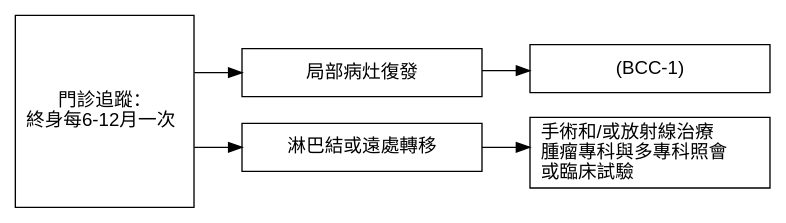
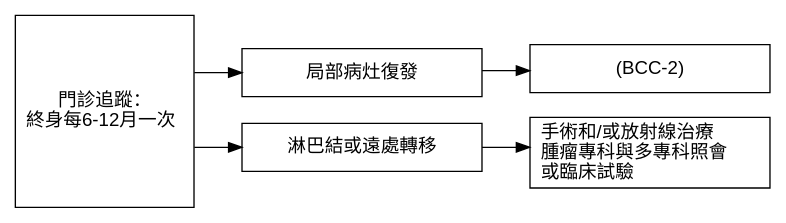
One commit to gnayyc/SkinCancerGuidelineDiagram changed the diagram in BCC.4.gv. Above: the diagram before and after it, drawn with Graphviz. The commit also changed 3 other files, not shown here.

```diff
--- a/BCC.4.gv
+++ b/BCC.4.gv
@@ -1,23 +1,23 @@
 digraph {
   compound=true;
 
   graph [rankdir = LR; splines=ortho; overlap=false]
   node [shape = box, fontname = Helvetica]
 
     l1 [label = "門診追蹤：
 終身每6-12月一次\l"; height=2]
 
-	l1 -> t1 -> f1 
+	l1 -> t1 -> f1
 	l1 -> t2 -> f2
 
-	
+
 	t1 [label = "局部病灶復發"; width = 2.5]
 	t2 [label = "淋巴結或遠處轉移"; width = 2.5]
-	f1 [label ="(BCC-1)"; width=2.5]
+	f1 [label ="(BCC-2)"; width=2.5]
 	f2 [label = "手術和/或放射線治療\l腫瘤專科與多專科照會\l或臨床試驗\l"; width=2.5]
 #  obs [label = "觀察"; height = 3]
 #  fu [label = "追蹤 (SCC-6)"; height = 3]
 
 
 
 }
```
